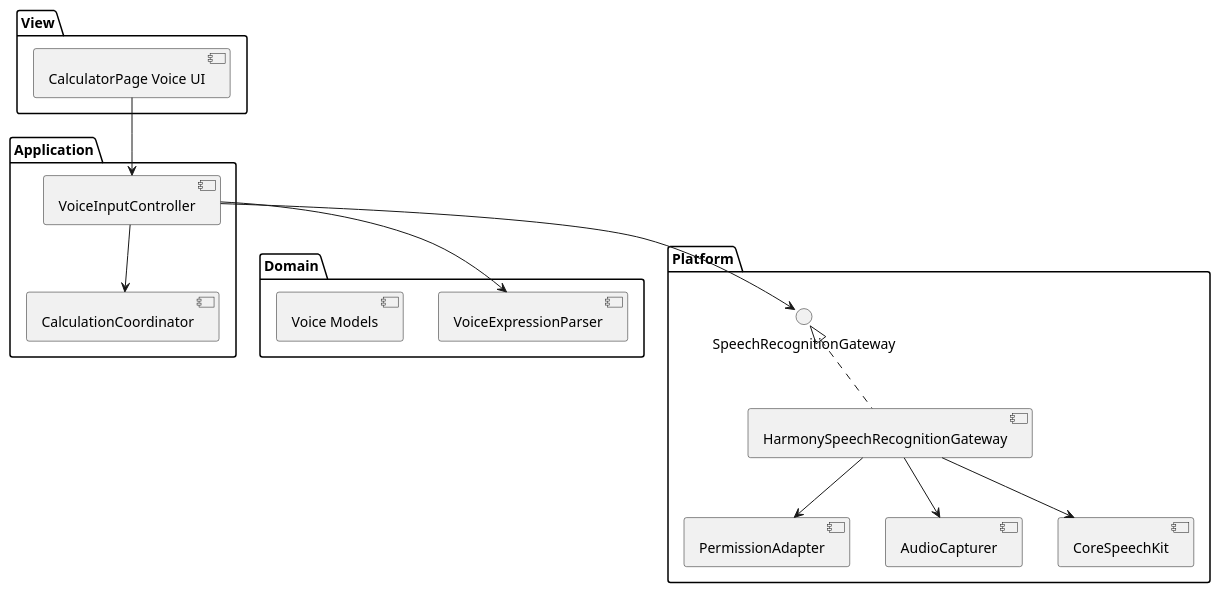
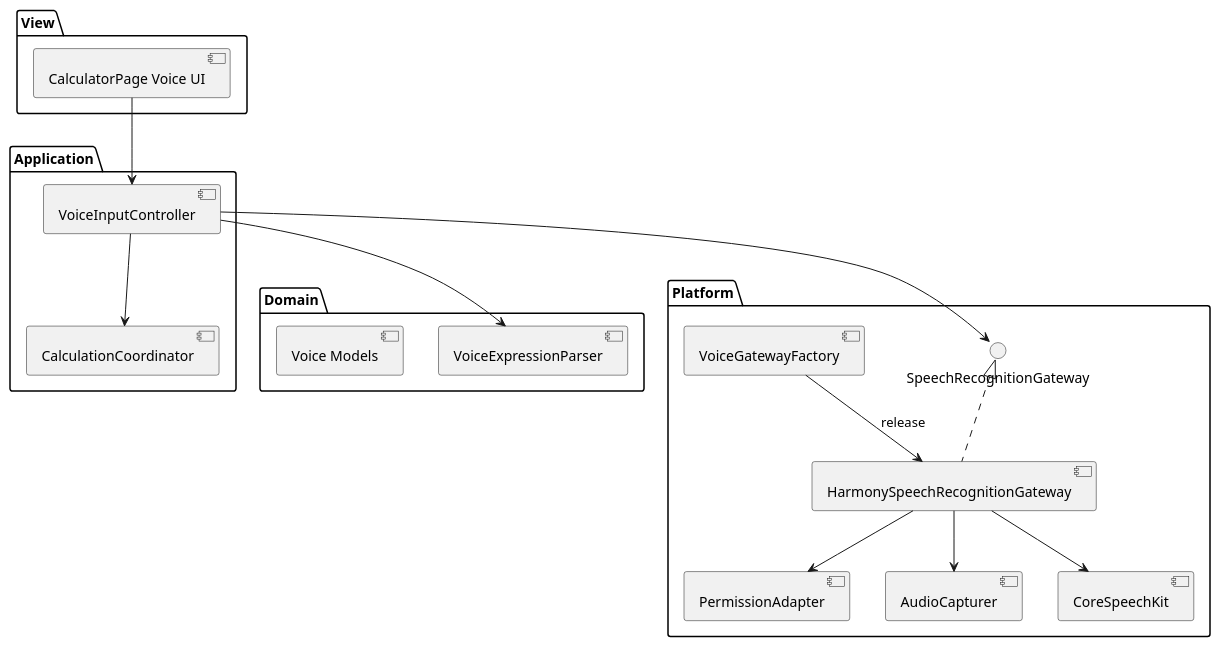
One commit to calculatorHuawei/agent_workflow changed the second of 5 diagrams in specs/changes/20261024-bugfix-chinese-voice-expression-input/delta-design.md. Above: the diagram before and after it, drawn with PlantUML. The commit also changed other lines of this file and 40 other files, not shown here.

````diff
--- a/specs/changes/20261024-bugfix-chinese-voice-expression-input/delta-design.md
+++ b/specs/changes/20261024-bugfix-chinese-voice-expression-input/delta-design.md
@@ -61,30 +68,32 @@
 ```plantuml
 @startuml
 package View {
   [CalculatorPage Voice UI]
 }
 package Application {
   [VoiceInputController]
   [CalculationCoordinator]
 }
 package Domain {
   [VoiceExpressionParser]
   [Voice Models]
 }
 package Platform {
   interface SpeechRecognitionGateway
+  [VoiceGatewayFactory]
   [HarmonySpeechRecognitionGateway]
   [PermissionAdapter]
   [AudioCapturer]
   [CoreSpeechKit]
 }
 [CalculatorPage Voice UI] --> [VoiceInputController]
 [VoiceInputController] --> SpeechRecognitionGateway
 SpeechRecognitionGateway <|.. [HarmonySpeechRecognitionGateway]
+[VoiceGatewayFactory] --> [HarmonySpeechRecognitionGateway] : release
 [HarmonySpeechRecognitionGateway] --> [PermissionAdapter]
 [HarmonySpeechRecognitionGateway] --> [AudioCapturer]
 [HarmonySpeechRecognitionGateway] --> [CoreSpeechKit]
 [VoiceInputController] --> [VoiceExpressionParser]
 [VoiceInputController] --> [CalculationCoordinator]
 @enduml
 ```
````
